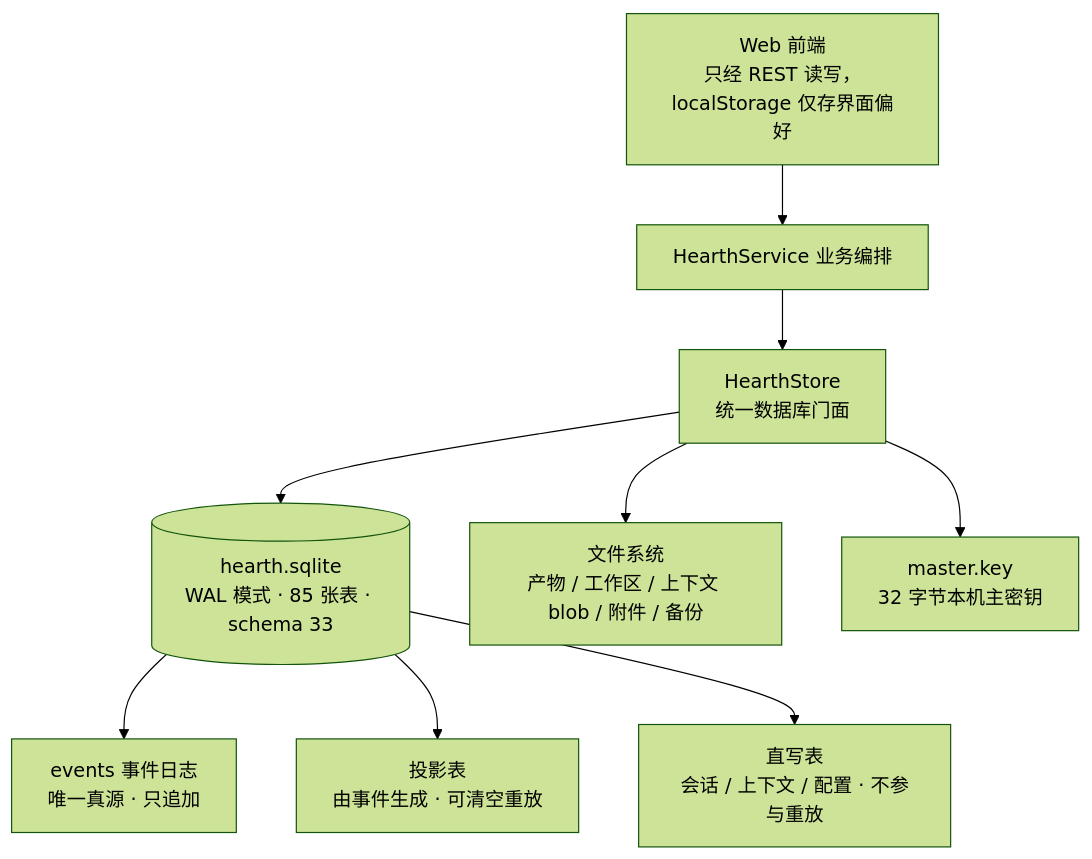
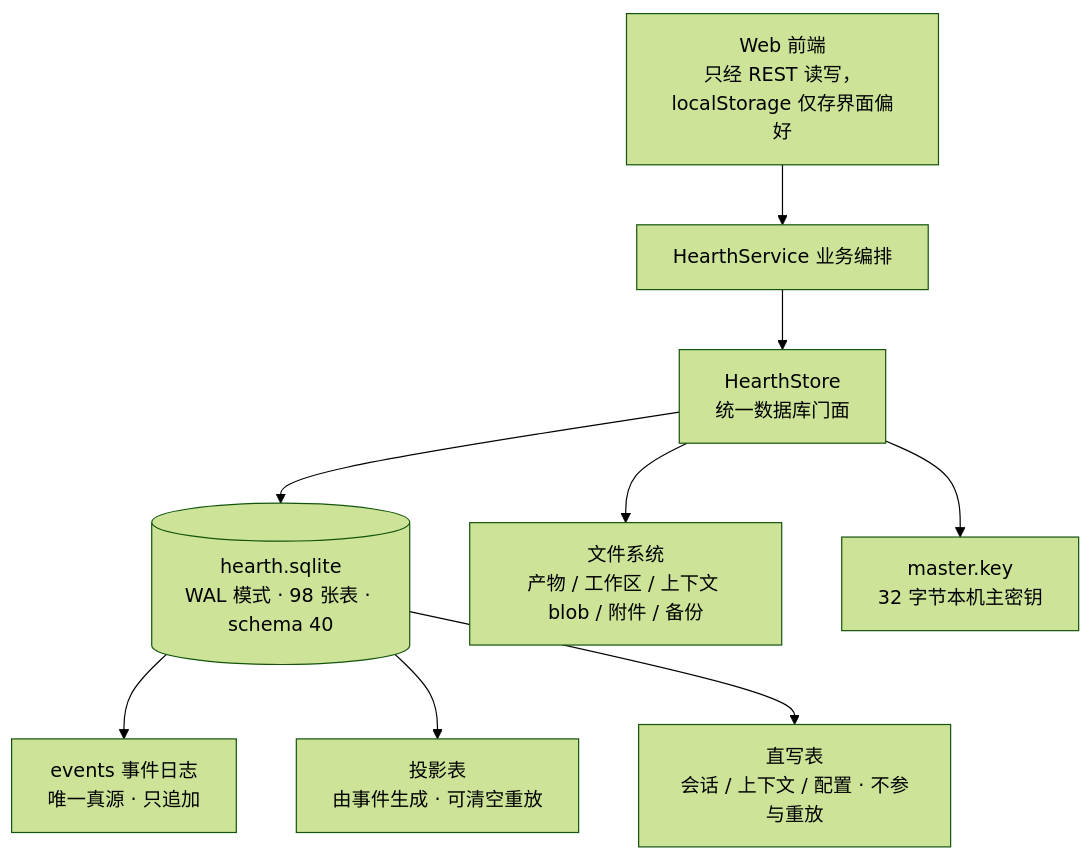
One commit to hearthproject/hearth-os changed the first of 2 diagrams in docs/architecture/Hearth-存储设计说明.md. Above: the diagram before and after it, drawn with Mermaid (forest theme). The commit also changed other lines of this file and 52 other files, not shown here.

````diff
--- a/docs/architecture/Hearth-存储设计说明.md
+++ b/docs/architecture/Hearth-存储设计说明.md
@@ -36,11 +36,11 @@
 ```mermaid
 flowchart TB
   A["Web 前端<br/>只经 REST 读写，localStorage 仅存界面偏好"] --> B["HearthService 业务编排"]
   B --> C["HearthStore<br/>统一数据库门面"]
-  C --> D[("hearth.sqlite<br/>WAL 模式 · 85 张表 · schema 33")]
+  C --> D[("hearth.sqlite<br/>WAL 模式 · 98 张表 · schema 40")]
   C --> E["文件系统<br/>产物 / 工作区 / 上下文 blob / 附件 / 备份"]
   C --> F["master.key<br/>32 字节本机主密钥"]
   D --> D1["events 事件日志<br/>唯一真源 · 只追加"]
   D --> D2["投影表<br/>由事件生成 · 可清空重放"]
   D --> D3["直写表<br/>会话 / 上下文 / 配置 · 不参与重放"]
 ```
````
